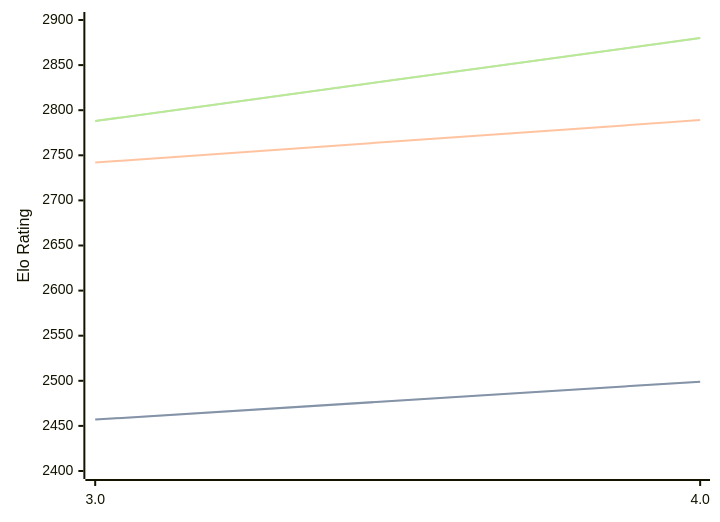
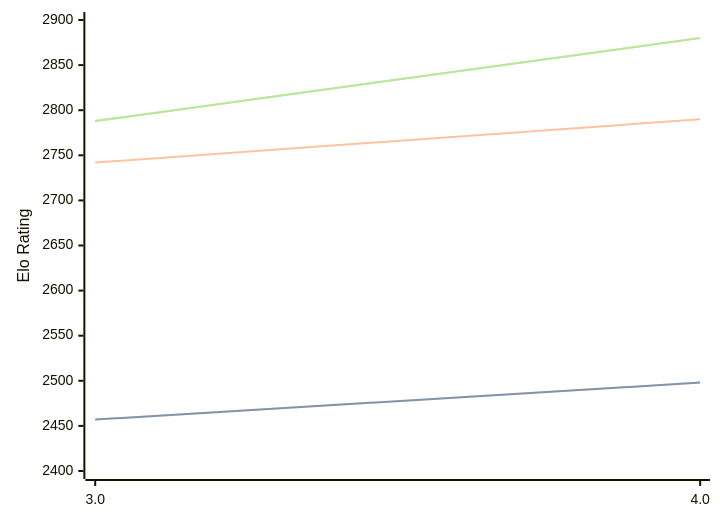
One commit to computer-chess-index/cci changed the diagram in engines/Chess3.md. Above: the diagram before and after it, drawn with Mermaid. The commit also changed other lines of this file, not shown here.

````diff
--- a/engines/Chess3.md
+++ b/engines/Chess3.md
@@ -34,11 +34,11 @@
 ```mermaid
 %%{init: {"theme":"base","themeVariables":{"seriesColors:['#a3a3a3','#222221','#faa371']}}}%%
 xychart-beta
   x-axis ["3.0", "4.0"]
   y-axis "Elo Rating" 2400 --> 2900
-  line "STC (8.0+0.08s)" [2457, 2499]
-  line "STC (8.0+0.08s)" [2457, 2499]
-  line "LTC (60.0+0.60s)" [2742, 2789]
+  line "STC (8.0+0.08s)" [2457, 2498]
+  line "STC (8.0+0.08s)" [2457, 2498]
+  line "LTC (60.0+0.60s)" [2742, 2790]
   line "VLTC (2m24s+1.12s)" [2788, 2880]
   line "VLTC (2m24s+1.12s)" [2788, 2880]
 ```
````
